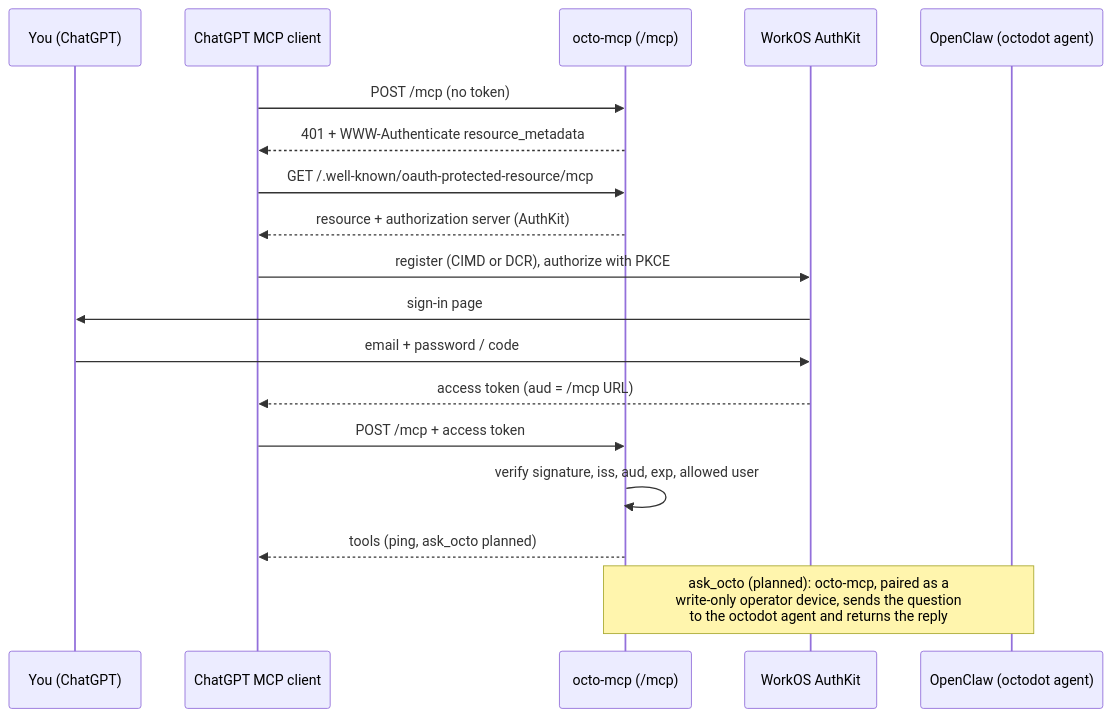
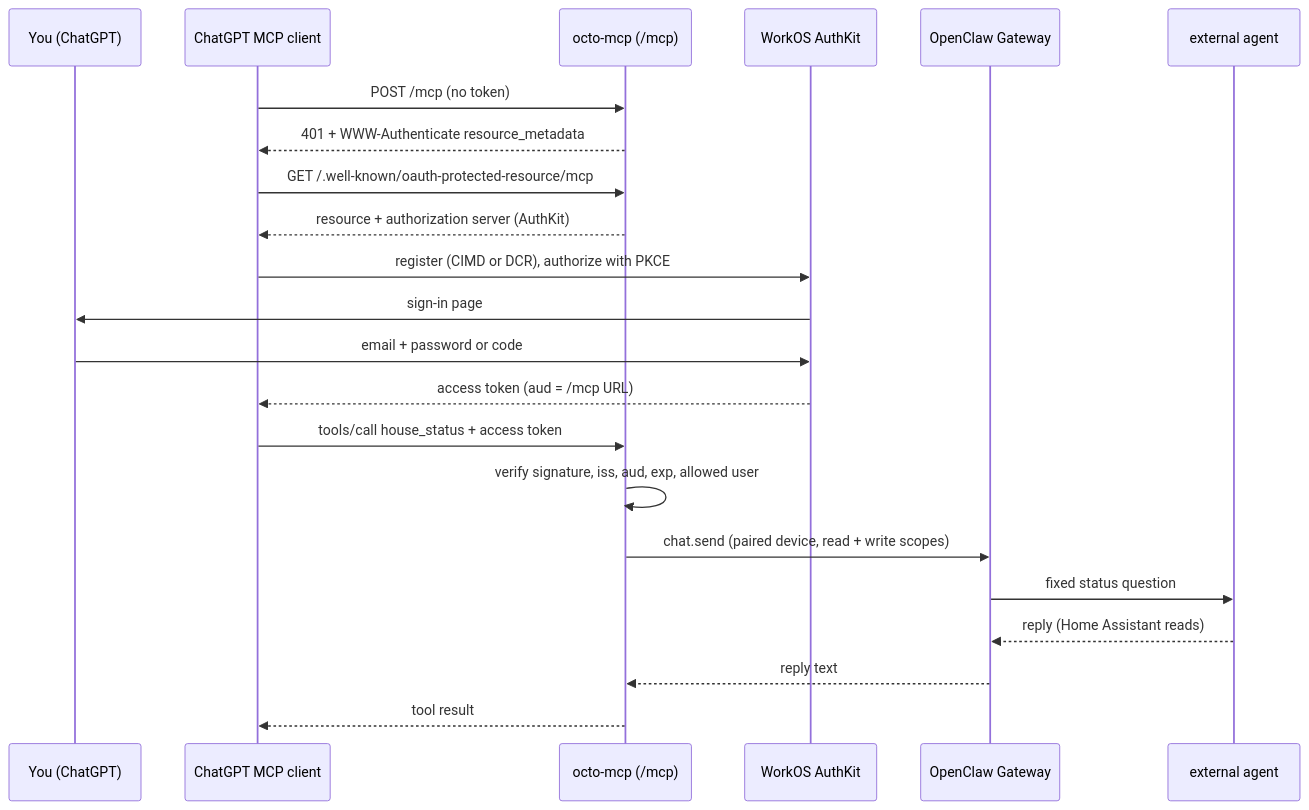
One commit to JeffSteinbok/octo-docs changed the diagram in docs/mcp.md. Above: the diagram before and after it, drawn with Mermaid. The commit also changed other lines of this file and 6 other files, not shown here.

````diff
--- a/docs/mcp.md
+++ b/docs/mcp.md
@@ -15,20 +16,24 @@
 ```mermaid
 sequenceDiagram
     participant U as You (ChatGPT)
     participant C as ChatGPT MCP client
     participant M as octo-mcp (/mcp)
     participant W as WorkOS AuthKit
-    participant O as OpenClaw (octodot agent)
+    participant G as OpenClaw Gateway
+    participant A as external agent
     C->>M: POST /mcp (no token)
     M-->>C: 401 + WWW-Authenticate resource_metadata
     C->>M: GET /.well-known/oauth-protected-resource/mcp
     M-->>C: resource + authorization server (AuthKit)
     C->>W: register (CIMD or DCR), authorize with PKCE
     W->>U: sign-in page
-    U->>W: email + password / code
+    U->>W: email + password or code
     W-->>C: access token (aud = /mcp URL)
-    C->>M: POST /mcp + access token
+    C->>M: tools/call house_status + access token
     M->>M: verify signature, iss, aud, exp, allowed user
-    M-->>C: tools (ping, ask_octo planned)
-    Note over M,O: ask_octo (planned): octo-mcp, paired as a<br/>write-only operator device, sends the question<br/>to the octodot agent and returns the reply
+    M->>G: chat.send (paired device, read + write scopes)
+    G->>A: fixed status question
+    A-->>G: reply (Home Assistant reads)
+    G-->>M: reply text
+    M-->>C: tool result
 ```
````
